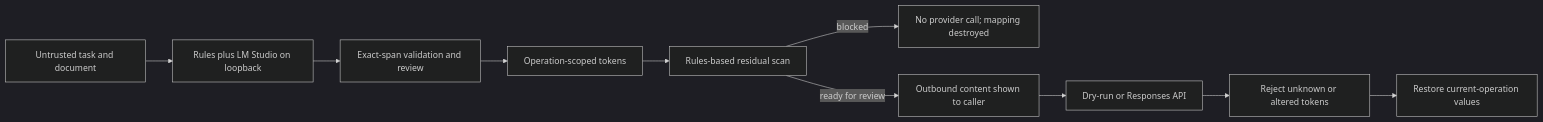
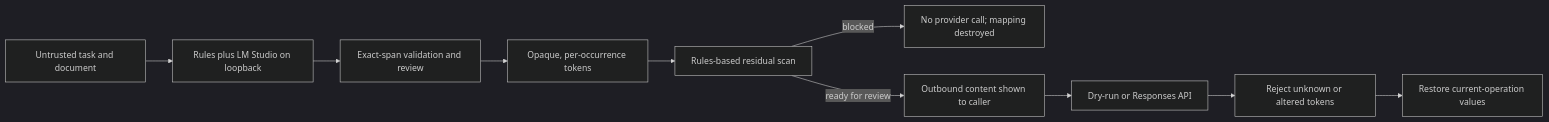
Before and after one commit to AI-Danil/pii-airlock: the diagram in README.md, drawn with Mermaid (dark theme). The commit also changed other lines of this file and 51 other files, not shown here.

````diff
--- a/README.md
+++ b/README.md
@@ -13,12 +13,12 @@
 ```mermaid
 flowchart LR
     A["Untrusted task and document"] --> B["Rules plus LM Studio on loopback"]
     B --> C["Exact-span validation and review"]
-    C --> D["Operation-scoped tokens"]
+    C --> D["Opaque, per-occurrence tokens"]
     D --> E["Rules-based residual scan"]
     E -->|blocked| X["No provider call; mapping destroyed"]
     E -->|ready for review| R["Outbound content shown to caller"]
     R --> F["Dry-run or Responses API"]
     F --> G["Reject unknown or altered tokens"]
     G --> H["Restore current-operation values"]
 ```
````
